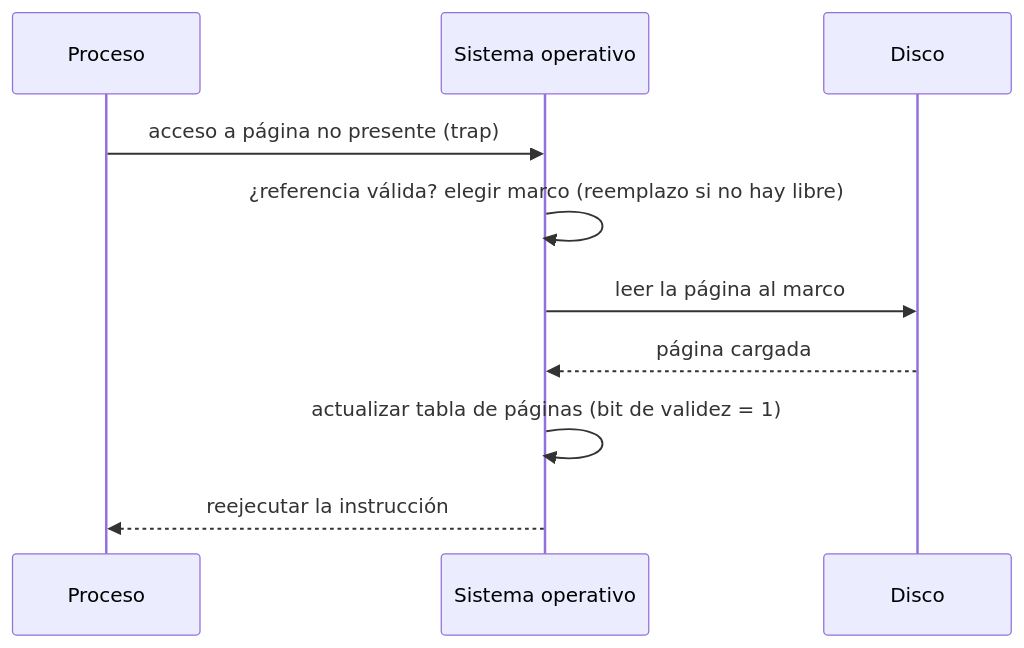
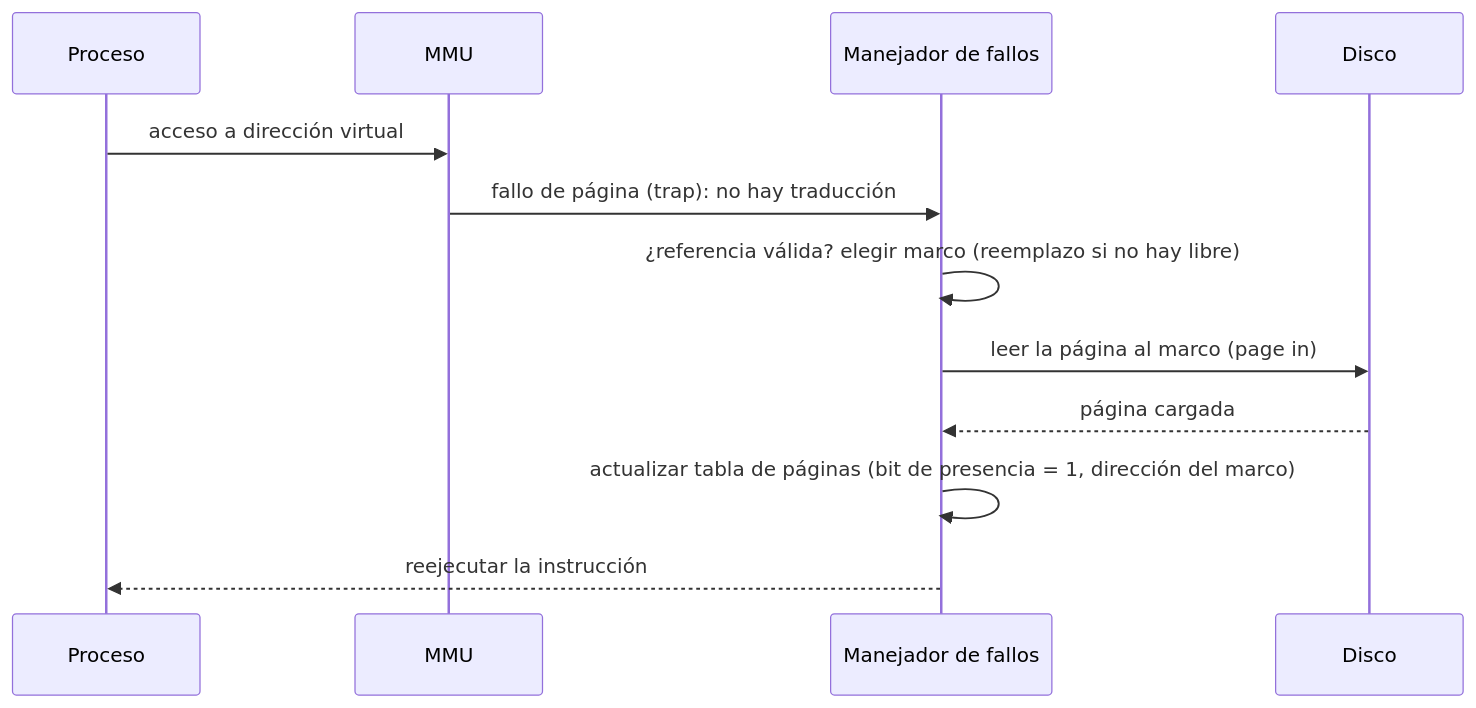
One commit to asiermarzo/ssoo changed the seventh of 12 diagrams in TEORIA/06-gestion-de-memoria/README.md. Above: the diagram before and after it, drawn with Mermaid. The commit also changed other lines of this file and 25 other files, not shown here.

````diff
--- a/TEORIA/06-gestion-de-memoria/README.md
+++ b/TEORIA/06-gestion-de-memoria/README.md
@@ -45,12 +599,14 @@
 ```mermaid
 sequenceDiagram
     participant P as Proceso
-    participant SO as Sistema operativo
+    participant MMU as MMU
+    participant SO as Manejador de fallos
     participant D as Disco
-    P->>SO: acceso a página no presente (trap)
+    P->>MMU: acceso a dirección virtual
+    MMU->>SO: fallo de página (trap): no hay traducción
     SO->>SO: ¿referencia válida? elegir marco (reemplazo si no hay libre)
-    SO->>D: leer la página al marco
+    SO->>D: leer la página al marco (page in)
     D-->>SO: página cargada
-    SO->>SO: actualizar tabla de páginas (bit de validez = 1)
+    SO->>SO: actualizar tabla de páginas (bit de presencia = 1, dirección del marco)
     SO-->>P: reejecutar la instrucción
 ```
````
